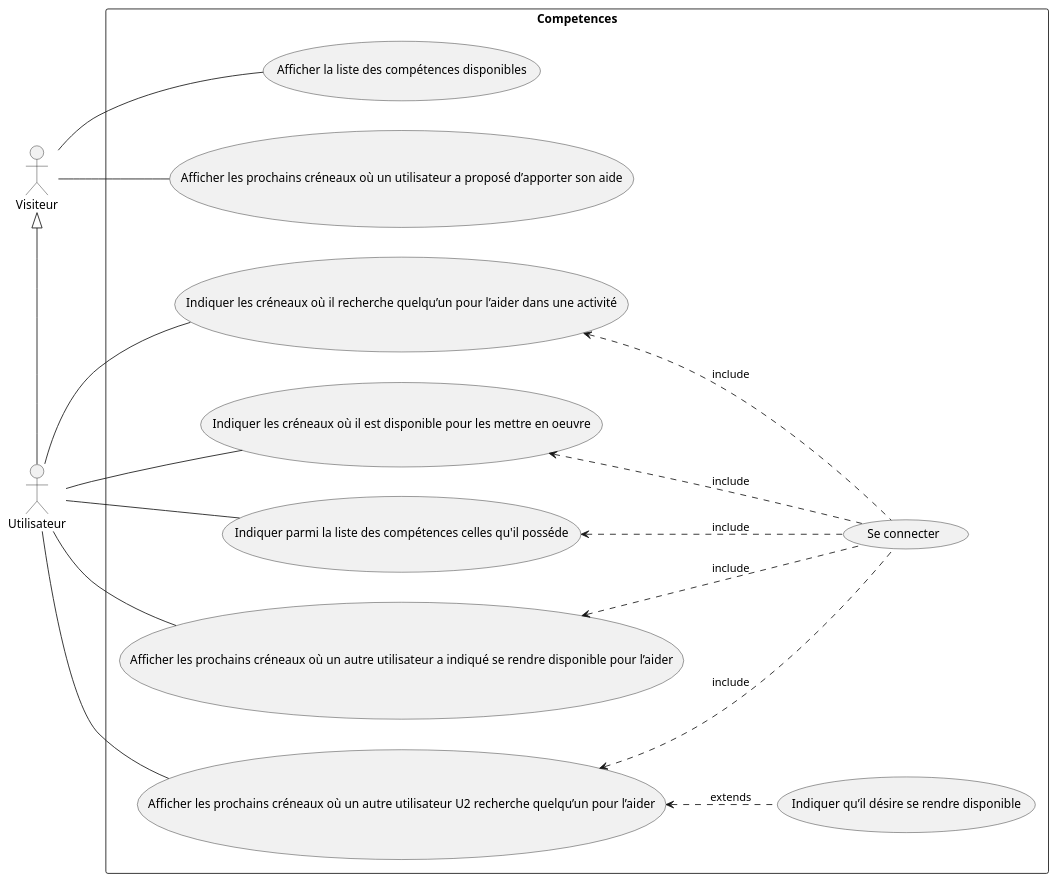
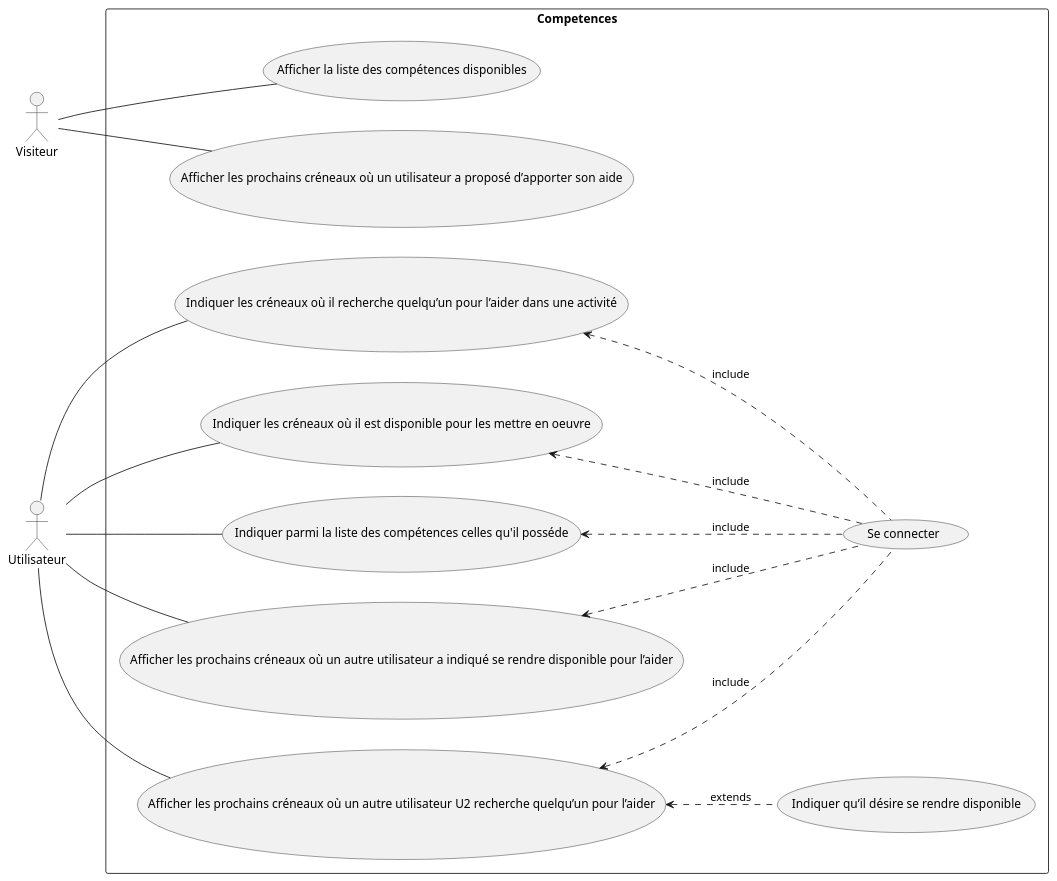
Before and after one commit to DucasseRafael91/EvalPythonDjango: the diagram in doc/uml/1-use_case/competences-use_case.puml, drawn with PlantUML.

Commit message:
Suppression de l'heritage entre visiteur et Utilisateur dans le diagramme de cas d'utilisation

```diff
--- a/doc/uml/1-use_case/competences-use_case.puml
+++ b/doc/uml/1-use_case/competences-use_case.puml
@@ -1,37 +1,36 @@
 @startuml venteFormation_use_case
 
 left to right direction
 
 actor Visiteur as v
 actor Utilisateur as u
 
-v <|-right- u
 
 rectangle Competences {
   usecase "Afficher les prochains créneaux où un utilisateur a proposé d’apporter son aide" as UC1
   usecase "Afficher la liste des compétences disponibles" as UC2
   usecase "Indiquer parmi la liste des compétences celles qu'il posséde" as UC3
   usecase "Indiquer les créneaux où il est disponible pour les mettre en oeuvre" as UC4
   usecase "Indiquer les créneaux où il recherche quelqu’un pour l’aider dans une activité" as UC5
   usecase "Afficher les prochains créneaux où un autre utilisateur U2 recherche quelqu’un pour l’aider" as UC6
   usecase "Indiquer qu’il désire se rendre disponible" as UC7
   usecase "Afficher les prochains créneaux où un autre utilisateur a indiqué se rendre disponible pour l’aider" as UC8
   usecase "Se connecter" as UC9
 }
 
 v -- UC1
 v -- UC2
 u -- UC3
 u -- UC4
 u -- UC5
 u -- UC6
 u -- UC8
 
  UC9 .up.> UC3 : include
  UC9 .up.> UC4 : include
  UC9 .up.> UC5 : include
  UC9 .up.> UC6 : include
  UC7 .up.> UC6 : extends
  UC9 .up.> UC8 : include
 
 @enduml
```
